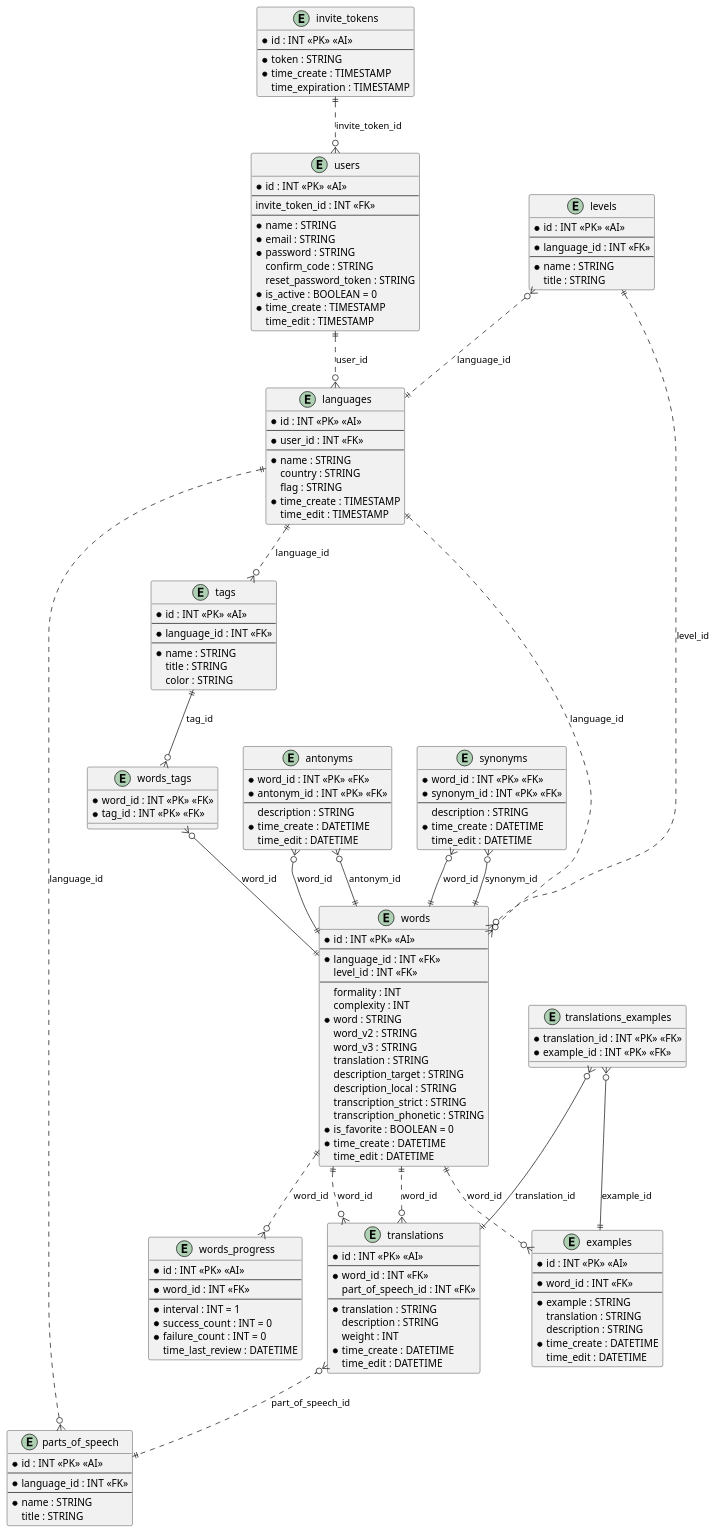
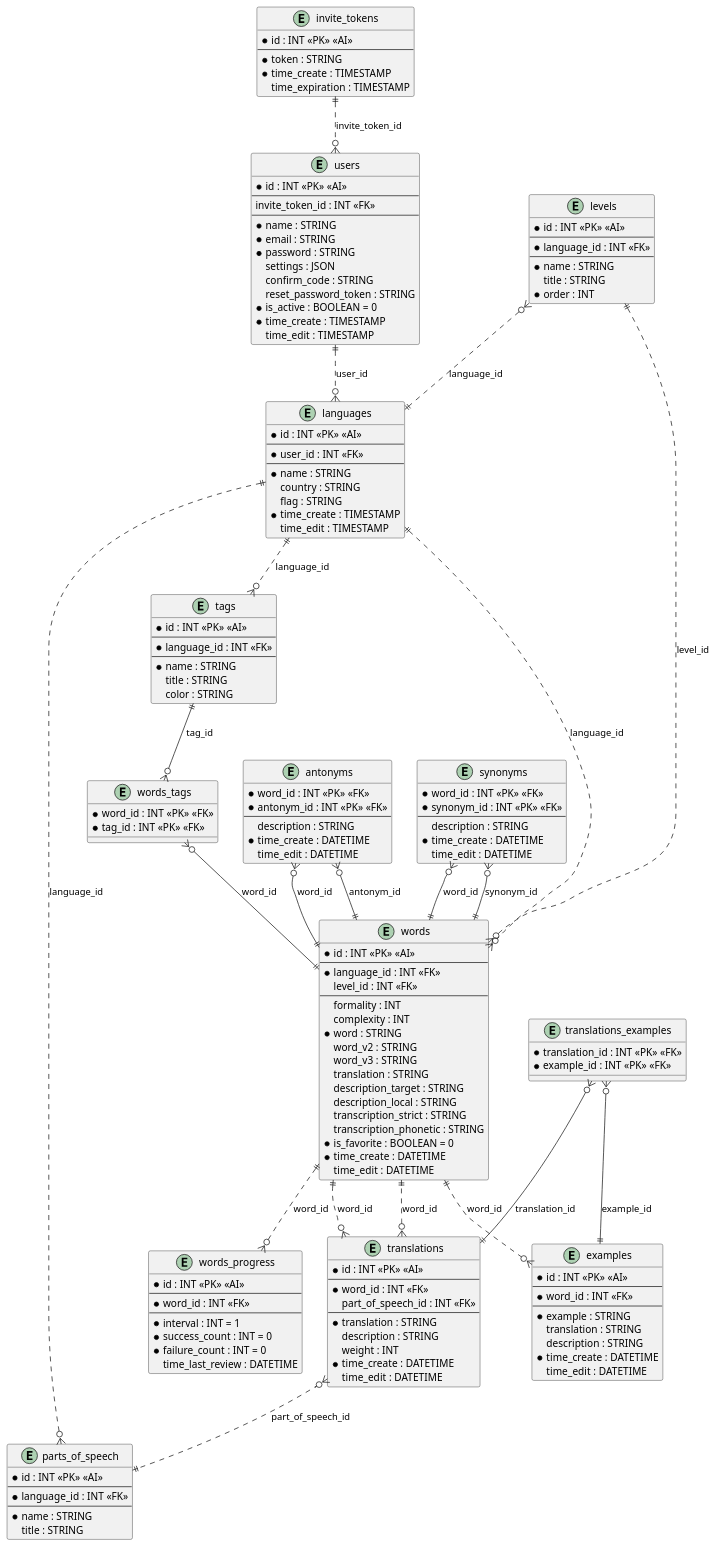
Before and after one commit to ewwmy/dictionary: the diagram in database/model/dictionary.puml, drawn with PlantUML. The commit also changed 1 other file, not shown here.

```diff
--- a/database/model/dictionary.puml
+++ b/database/model/dictionary.puml
@@ -1,175 +1,177 @@
 @startuml dictionary
 
 ' this flag is used to make wires straight-angled:
 ' skinparam linetype ortho
 
 entity invite_tokens {
   * id : INT <<PK>> <<AI>>
   ---
   * token : STRING
   * time_create : TIMESTAMP
   time_expiration : TIMESTAMP
 }
 
 entity users {
   * id : INT <<PK>> <<AI>>
   ---
   invite_token_id : INT <<FK>>
   ---
   * name : STRING
   * email : STRING
   * password : STRING
+  settings : JSON
   confirm_code : STRING
   reset_password_token : STRING
   * is_active : BOOLEAN = 0
   * time_create : TIMESTAMP
   time_edit : TIMESTAMP
 }
 
 entity languages {
   * id : INT <<PK>> <<AI>>
   ---
   * user_id : INT <<FK>>
   ---
   * name : STRING
   country : STRING
   flag : STRING
   * time_create : TIMESTAMP
   time_edit : TIMESTAMP
 }
 
 entity tags {
   * id : INT <<PK>> <<AI>>
   ---
   * language_id : INT <<FK>>
   ---
   * name : STRING
   title : STRING
   color : STRING
 }
 
 entity words_tags {
   * word_id : INT <<PK>> <<FK>>
   * tag_id : INT <<PK>> <<FK>>
 }
 
 entity words_progress {
   * id : INT <<PK>> <<AI>>
   ---
   * word_id : INT <<FK>>
   ---
   * interval : INT = 1
   * success_count : INT = 0
   * failure_count : INT = 0
   time_last_review : DATETIME
 }
 
 entity antonyms {
   * word_id : INT <<PK>> <<FK>>
   * antonym_id : INT <<PK>> <<FK>>
   ---
   description : STRING
   * time_create : DATETIME
   time_edit : DATETIME
 }
 
 entity synonyms {
   * word_id : INT <<PK>> <<FK>>
   * synonym_id : INT <<PK>> <<FK>>
   ---
   description : STRING
   * time_create : DATETIME
   time_edit : DATETIME
 }
 
 entity words {
   * id : INT <<PK>> <<AI>>
   ---
   * language_id : INT <<FK>>
   level_id : INT <<FK>>
   ---
   formality : INT
   complexity : INT
   * word : STRING
   word_v2 : STRING
   word_v3 : STRING
   translation : STRING
   description_target : STRING
   description_local : STRING
   transcription_strict : STRING
   transcription_phonetic : STRING
   * is_favorite : BOOLEAN = 0
   * time_create : DATETIME
   time_edit : DATETIME
 }
 
 entity levels {
   * id : INT <<PK>> <<AI>>
   ---
   * language_id : INT <<FK>>
   ---
   * name : STRING
   title : STRING
+  * order : INT
 }
 
 entity parts_of_speech {
   * id : INT <<PK>> <<AI>>
   ---
   * language_id : INT <<FK>>
   ---
   * name : STRING
   title : STRING
 }
 
 entity examples {
   * id : INT <<PK>> <<AI>>
   ---
   * word_id : INT <<FK>>
   ---
   * example : STRING
   translation : STRING
   description : STRING
   * time_create : DATETIME
   time_edit : DATETIME
 }
 
 entity translations {
   * id : INT <<PK>> <<AI>>
   ---
   * word_id : INT <<FK>>
   part_of_speech_id : INT <<FK>>
   ---
   * translation : STRING
   description : STRING
   weight : INT
   * time_create : DATETIME
   time_edit : DATETIME
 }
 
 entity translations_examples {
   * translation_id : INT <<PK>> <<FK>>
   * example_id : INT <<PK>> <<FK>>
 }
 
 invite_tokens ||..o{ users : "invite_token_id"
 users ||..o{ languages : "user_id"
 languages ||..o{ tags : "language_id"
 languages ||..o{ words : "language_id"
 tags ||--o{ words_tags : "tag_id"
 words_tags }o--|| words : "word_id"
 antonyms }o--|| words : "word_id"
 antonyms }o--|| words : "antonym_id"
 synonyms }o--|| words : "word_id"
 synonyms }o--|| words : "synonym_id"
 words ||..o{ words_progress : "word_id"
 words ||..o{ examples : "word_id"
 words ||..o{ translations : "word_id"
 translations_examples }o--|| translations : "translation_id"
 translations_examples }o--|| examples : "example_id"
 translations }o..|| words : "word_id"
 translations }o..|| parts_of_speech : "part_of_speech_id"
 parts_of_speech }o..|| languages : "language_id"
 levels }o..|| languages : "language_id"
 levels ||..o{ words : "level_id"
 
 @enduml
```
